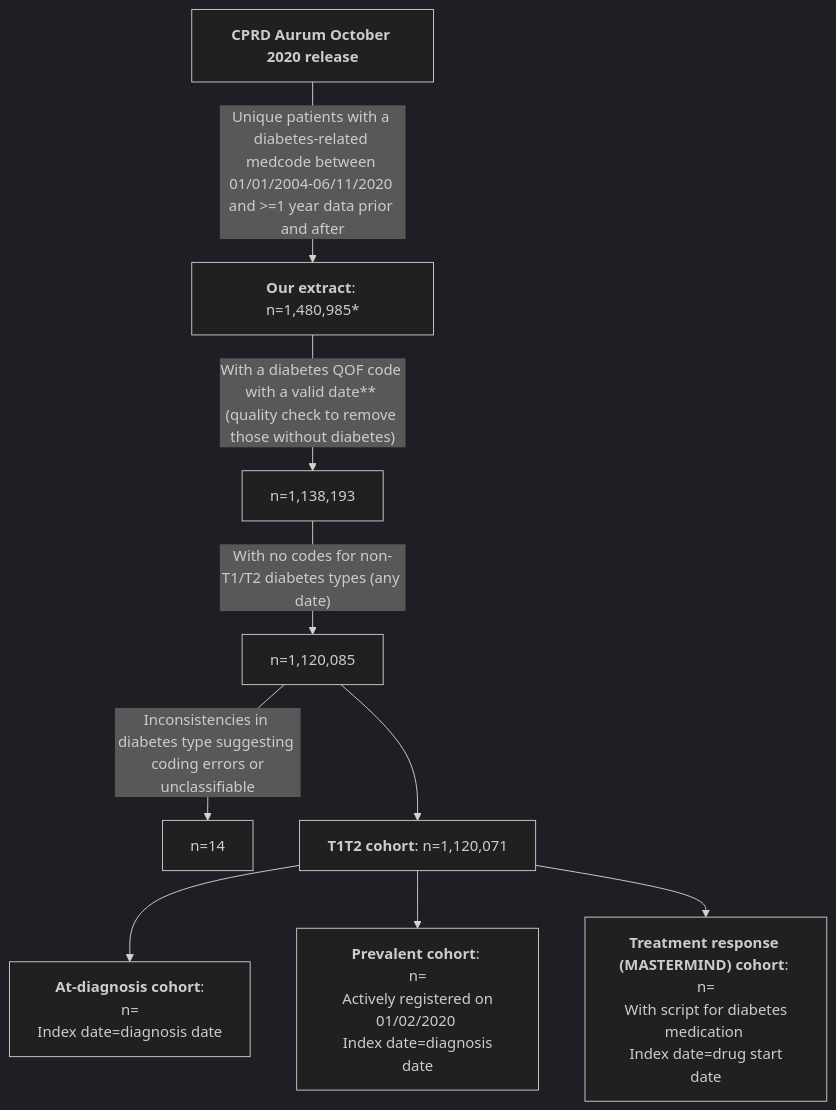
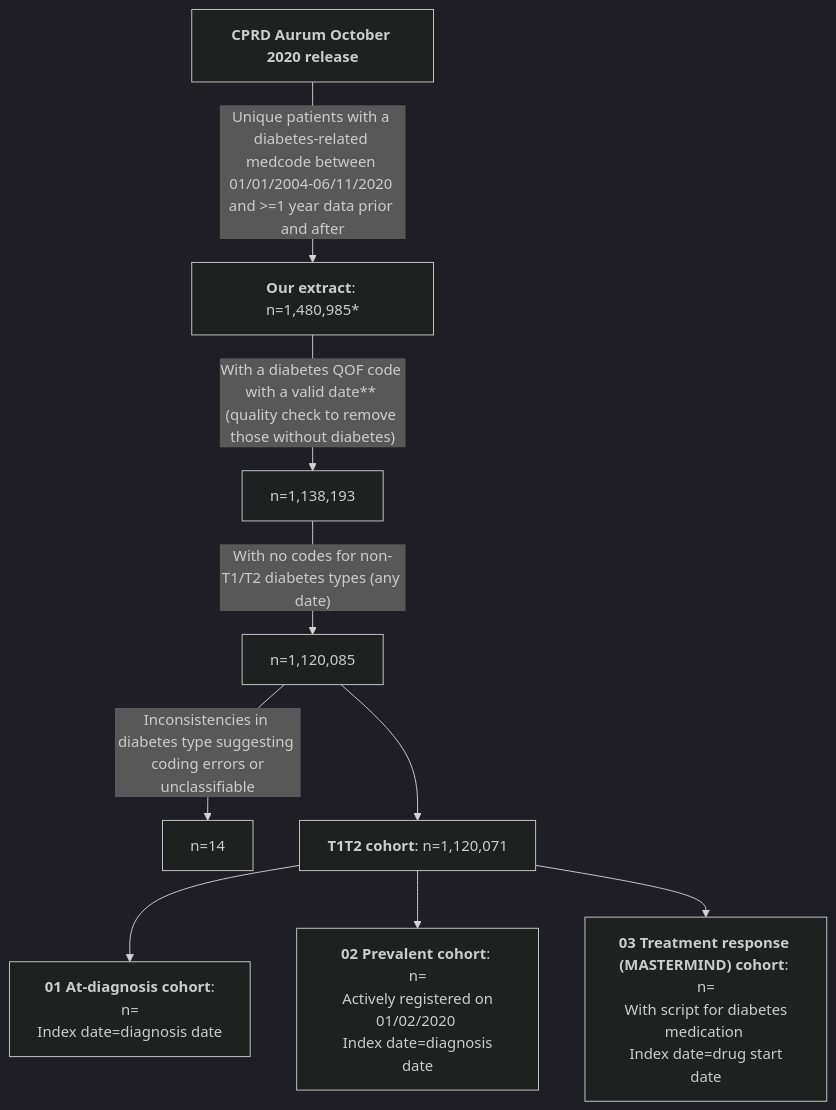
Before and after one commit to Exeter-Diabetes/CPRD-Cohort-scripts: the first of 2 diagrams in README.md, drawn with Mermaid (dark theme).

````diff
--- a/README.md
+++ b/README.md
@@ -12,11 +12,11 @@
 ```mermaid
 graph TD;
     A["<b>CPRD Aurum October 2020 release</b>"] --> |"Unique patients with a diabetes-related medcode between 01/01/2004-06/11/2020 and >=1 year data prior and after"| B["<b>Our extract</b>: n=1,480,985*"]
     B -->|"With a diabetes QOF code with a valid date** (quality check to remove those without diabetes)"|C["n=1,138,193"]
     C --> |"With no codes for non-T1/T2 diabetes types (any date)"|D["n=1,120,085"]
     D --> |"Inconsistencies in diabetes type suggesting <br> coding errors or unclassifiable"|E["n=14"]
     D --> F["<b>T1T2 cohort</b>: n=1,120,071"]
-    F --> G["<b>At-diagnosis cohort</b>: <br> n= <br> Index date=diagnosis date"]
-    F --> H["<b>Prevalent cohort</b>: <br> n= <br> Actively registered on 01/02/2020 <br> Index date=diagnosis date"]
-    F --> I["<b>Treatment response (MASTERMIND) cohort</b>: <br> n= <br> With script for diabetes medication <br> Index date=drug start date"]
+    F --> G["<b>01 At-diagnosis cohort</b>: <br> n= <br> Index date=diagnosis date"]
+    F --> H["<b>02 Prevalent cohort</b>: <br> n= <br> Actively registered on 01/02/2020 <br> Index date=diagnosis date"]
+    F --> I["<b>03 Treatment response (MASTERMIND) cohort</b>: <br> n= <br> With script for diabetes medication <br> Index date=drug start date"]
 ```
````
